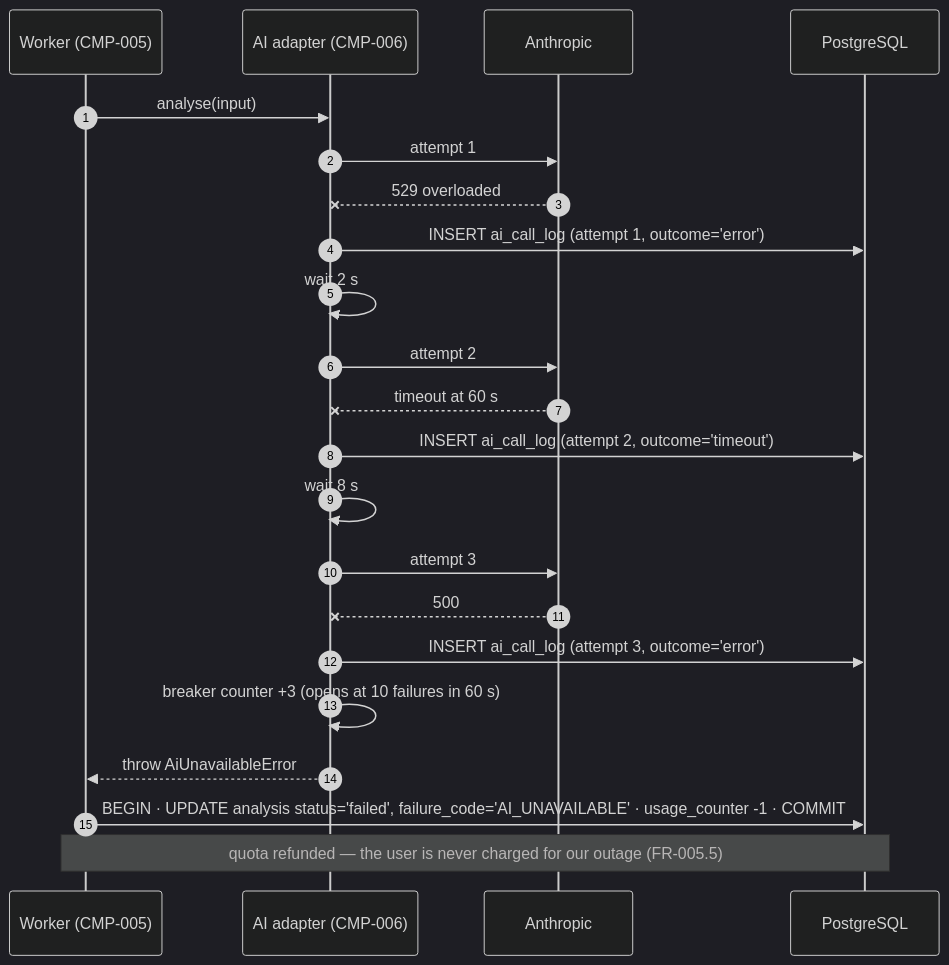
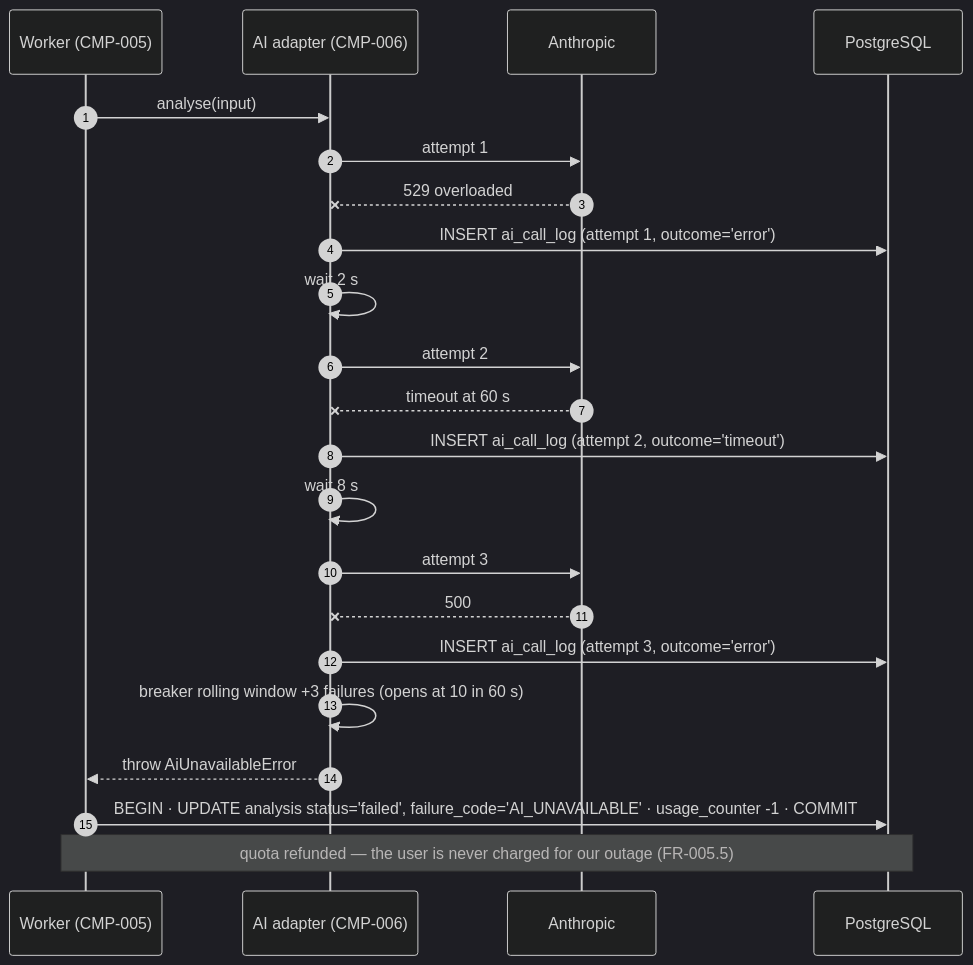
The third of 8 diagrams in bilal/spec.md (divii-school/spec-homework), drawn with Mermaid (dark theme) before and after one commit. The commit also changed other lines of this file, not shown here.

````diff
--- a/bilal/spec.md
+++ b/bilal/spec.md
@@ -410,25 +628,25 @@
 ```mermaid
 sequenceDiagram
   autonumber
   participant W as Worker (CMP-005)
   participant P as AI adapter (CMP-006)
   participant L as Anthropic
   participant D as PostgreSQL
 
   W->>P: analyse(input)
   P->>L: attempt 1
   L--xP: 529 overloaded
   P->>D: INSERT ai_call_log (attempt 1, outcome='error')
   P->>P: wait 2 s
   P->>L: attempt 2
   L--xP: timeout at 60 s
   P->>D: INSERT ai_call_log (attempt 2, outcome='timeout')
   P->>P: wait 8 s
   P->>L: attempt 3
   L--xP: 500
   P->>D: INSERT ai_call_log (attempt 3, outcome='error')
-  P->>P: breaker counter +3 (opens at 10 failures in 60 s)
+  P->>P: breaker rolling window +3 failures (opens at 10 in 60 s)
   P-->>W: throw AiUnavailableError
   W->>D: BEGIN · UPDATE analysis status='failed', failure_code='AI_UNAVAILABLE' · usage_counter -1 · COMMIT
   Note over W,D: quota refunded — the user is never charged for our outage (FR-005.5)
 ```
````
